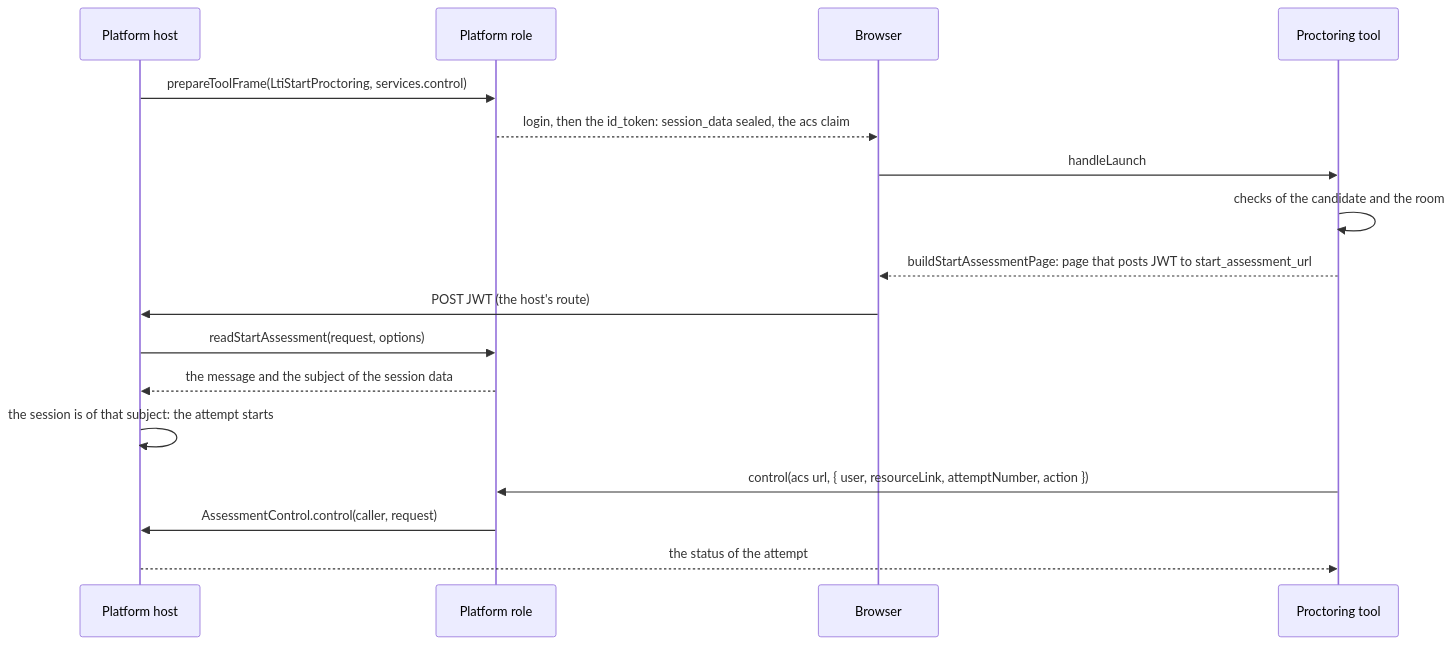
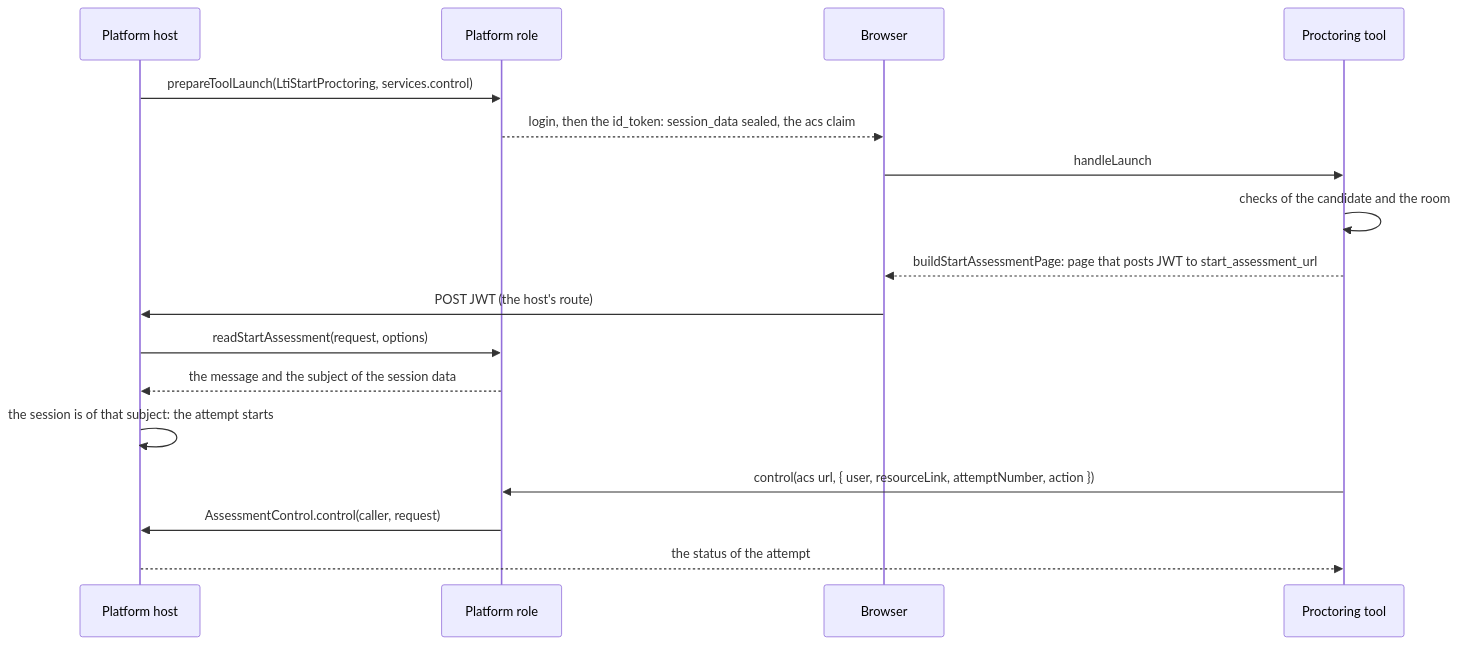
Before and after one commit to interopkit/interopkit: the diagram in docs/tool-integration/proctoring.md, drawn with Mermaid. The commit also changed 22 other files, not shown here.

First line of the commit message:
Prepare a launch with one function, prepareToolLaunch, and fix the names of the two frames

````diff
--- a/docs/tool-integration/proctoring.md
+++ b/docs/tool-integration/proctoring.md
@@ -11,19 +11,19 @@
 ```mermaid
 sequenceDiagram
   participant H as Platform host
   participant P as Platform role
   participant B as Browser
   participant T as Proctoring tool
-  H->>P: prepareToolFrame(LtiStartProctoring, services.control)
+  H->>P: prepareToolLaunch(LtiStartProctoring, services.control)
   P-->>B: login, then the id_token: session_data sealed, the acs claim
   B->>T: handleLaunch
   T->>T: checks of the candidate and the room
   T-->>B: buildStartAssessmentPage: page that posts JWT to start_assessment_url
   B->>H: POST JWT (the host's route)
   H->>P: readStartAssessment(request, options)
   P-->>H: the message and the subject of the session data
   H->>H: the session is of that subject: the attempt starts
   T->>P: control(acs url, { user, resourceLink, attemptNumber, action })
   P->>H: AssessmentControl.control(caller, request)
   H-->>T: the status of the attempt
 ```
````
